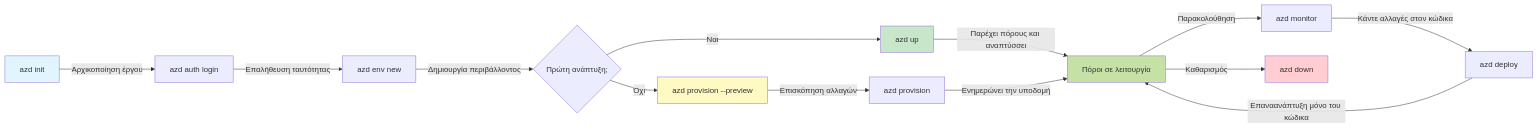
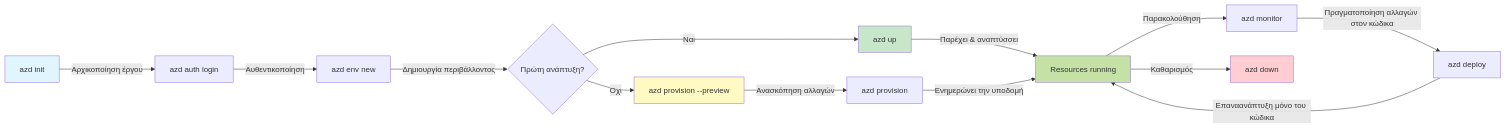
Before and after one commit to microsoft/AZD-for-beginners: the first of 2 diagrams in translations/el/docs/chapter-01-foundation/azd-basics.md, drawn with Mermaid. The commit also changed other lines of this file and 101 other files, not shown here.

````diff
--- a/translations/el/docs/chapter-01-foundation/azd-basics.md
+++ b/translations/el/docs/chapter-01-foundation/azd-basics.md
@@ -269,21 +269,21 @@
 ```mermaid
 graph LR
     A[azd init] -->|Αρχικοποίηση έργου| B[azd auth login]
-    B -->|Επαλήθευση ταυτότητας| C[azd env new]
-    C -->|Δημιουργία περιβάλλοντος| D{Πρώτη ανάπτυξη;}
+    B -->|Αυθεντικοποίηση| C[azd env new]
+    C -->|Δημιουργία περιβάλλοντος| D{Πρώτη ανάπτυξη?}
     D -->|Ναι| E[azd up]
     D -->|Όχι| F[azd provision --preview]
-    F -->|Επισκόπηση αλλαγών| G[azd provision]
-    E -->|Παρέχει πόρους και αναπτύσσει| H[Πόροι σε λειτουργία]
+    F -->|Ανασκόπηση αλλαγών| G[azd provision]
+    E -->|Παρέχει & αναπτύσσει| H[Resources running]
     G -->|Ενημερώνει την υποδομή| H
     H -->|Παρακολούθηση| I[azd monitor]
-    I -->|Κάντε αλλαγές στον κώδικα| J[azd deploy]
+    I -->|Πραγματοποίηση αλλαγών στον κώδικα| J[azd deploy]
     J -->|Επαναανάπτυξη μόνο του κώδικα| H
     H -->|Καθαρισμός| K[azd down]
     
     style A fill:#e1f5fe
     style E fill:#c8e6c9
     style F fill:#fff9c4
     style H fill:#c5e1a5
     style K fill:#ffcdd2
 ```
````
